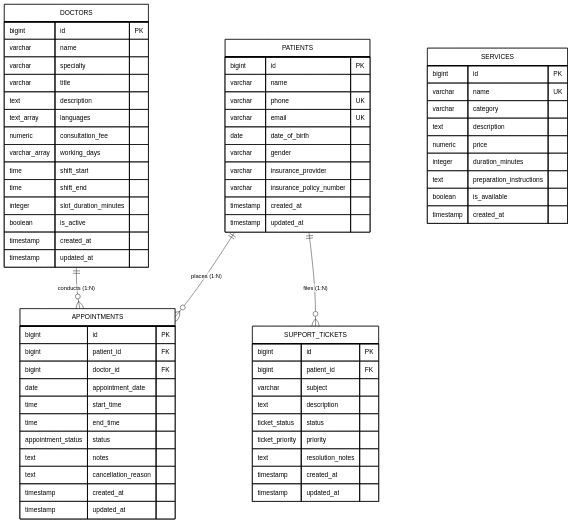
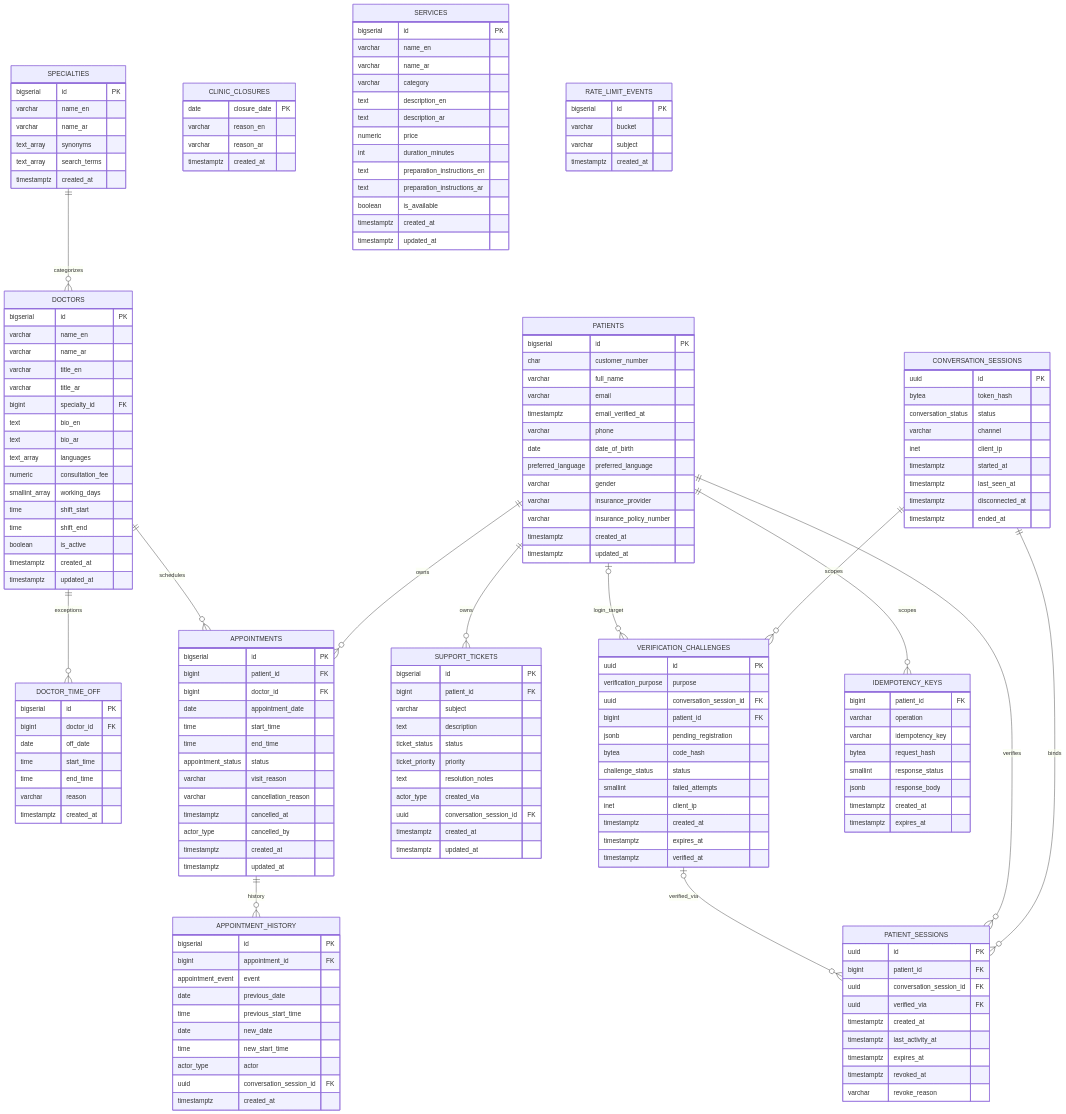
The diagram in docs/diagrams/04-data/entity-relationship-diagram.mmd (HassanAhmedMa/Agentic-AI-Call-Center), drawn with Mermaid before and after one commit. The commit also changed 65 other files, not shown here.

Commit message:
docs: reconcile ADR-003 contracts and implementation roadmap

```diff
--- a/docs/diagrams/04-data/entity-relationship-diagram.mmd
+++ b/docs/diagrams/04-data/entity-relationship-diagram.mmd
@@ -1,73 +1,176 @@
-%%{init: {'theme': 'base', 'themeVariables': { 'primaryColor': '#ffffff', 'primaryTextColor': '#000000', 'primaryBorderColor': '#000000', 'lineColor': '#000000', 'secondaryColor': '#ffffff', 'tertiaryColor': '#ffffff', 'edgeLabelBackground':'#ffffff' }}}%%
 erDiagram
+    SPECIALTIES {
+        bigserial id PK
+        varchar name_en
+        varchar name_ar
+        text_array synonyms
+        text_array search_terms
+        timestamptz created_at
+    }
+    DOCTORS {
+        bigserial id PK
+        varchar name_en
+        varchar name_ar
+        varchar title_en
+        varchar title_ar
+        bigint specialty_id FK
+        text bio_en
+        text bio_ar
+        text_array languages
+        numeric consultation_fee
+        smallint_array working_days
+        time shift_start
+        time shift_end
+        boolean is_active
+        timestamptz created_at
+        timestamptz updated_at
+    }
+    DOCTOR_TIME_OFF {
+        bigserial id PK
+        bigint doctor_id FK
+        date off_date
+        time start_time
+        time end_time
+        varchar reason
+        timestamptz created_at
+    }
+    CLINIC_CLOSURES {
+        date closure_date PK
+        varchar reason_en
+        varchar reason_ar
+        timestamptz created_at
+    }
+    SERVICES {
+        bigserial id PK
+        varchar name_en
+        varchar name_ar
+        varchar category
+        text description_en
+        text description_ar
+        numeric price
+        int duration_minutes
+        text preparation_instructions_en
+        text preparation_instructions_ar
+        boolean is_available
+        timestamptz created_at
+        timestamptz updated_at
+    }
     PATIENTS {
-        bigint id PK
-        varchar name
-        varchar phone UK
-        varchar email UK
+        bigserial id PK
+        char customer_number
+        varchar full_name
+        varchar email
+        timestamptz email_verified_at
+        varchar phone
         date date_of_birth
+        preferred_language preferred_language
         varchar gender
         varchar insurance_provider
         varchar insurance_policy_number
-        timestamp created_at
-        timestamp updated_at
+        timestamptz created_at
+        timestamptz updated_at
     }
-
-    DOCTORS {
-        bigint id PK
-        varchar name
-        varchar specialty
-        varchar title
-        text description
-        text_array languages
-        numeric consultation_fee
-        varchar_array working_days
-        time shift_start
-        time shift_end
-        integer slot_duration_minutes
-        boolean is_active
-        timestamp created_at
-        timestamp updated_at
-    }
-
     APPOINTMENTS {
-        bigint id PK
+        bigserial id PK
         bigint patient_id FK
         bigint doctor_id FK
         date appointment_date
         time start_time
         time end_time
         appointment_status status
-        text notes
-        text cancellation_reason
-        timestamp created_at
-        timestamp updated_at
+        varchar visit_reason
+        varchar cancellation_reason
+        timestamptz cancelled_at
+        actor_type cancelled_by
+        timestamptz created_at
+        timestamptz updated_at
     }
-
-    SERVICES {
-        bigint id PK
-        varchar name UK
-        varchar category
-        text description
-        numeric price
-        integer duration_minutes
-        text preparation_instructions
-        boolean is_available
-        timestamp created_at
+    APPOINTMENT_HISTORY {
+        bigserial id PK
+        bigint appointment_id FK
+        appointment_event event
+        date previous_date
+        time previous_start_time
+        date new_date
+        time new_start_time
+        actor_type actor
+        uuid conversation_session_id FK
+        timestamptz created_at
     }
-
     SUPPORT_TICKETS {
-        bigint id PK
+        bigserial id PK
         bigint patient_id FK
         varchar subject
         text description
         ticket_status status
         ticket_priority priority
         text resolution_notes
-        timestamp created_at
-        timestamp updated_at
+        actor_type created_via
+        uuid conversation_session_id FK
+        timestamptz created_at
+        timestamptz updated_at
     }
-
-    PATIENTS ||--o{ APPOINTMENTS : "places (1:N)"
-    DOCTORS ||--o{ APPOINTMENTS : "conducts (1:N)"
-    PATIENTS ||--o{ SUPPORT_TICKETS : "files (1:N)"
+    CONVERSATION_SESSIONS {
+        uuid id PK
+        bytea token_hash
+        conversation_status status
+        varchar channel
+        inet client_ip
+        timestamptz started_at
+        timestamptz last_seen_at
+        timestamptz disconnected_at
+        timestamptz ended_at
+    }
+    PATIENT_SESSIONS {
+        uuid id PK
+        bigint patient_id FK
+        uuid conversation_session_id FK
+        uuid verified_via FK
+        timestamptz created_at
+        timestamptz last_activity_at
+        timestamptz expires_at
+        timestamptz revoked_at
+        varchar revoke_reason
+    }
+    VERIFICATION_CHALLENGES {
+        uuid id PK
+        verification_purpose purpose
+        uuid conversation_session_id FK
+        bigint patient_id FK
+        jsonb pending_registration
+        bytea code_hash
+        challenge_status status
+        smallint failed_attempts
+        inet client_ip
+        timestamptz created_at
+        timestamptz expires_at
+        timestamptz verified_at
+    }
+    IDEMPOTENCY_KEYS {
+        bigint patient_id FK
+        varchar operation
+        varchar idempotency_key
+        bytea request_hash
+        smallint response_status
+        jsonb response_body
+        timestamptz created_at
+        timestamptz expires_at
+    }
+    RATE_LIMIT_EVENTS {
+        bigserial id PK
+        varchar bucket
+        varchar subject
+        timestamptz created_at
+    }
+    SPECIALTIES ||--o{ DOCTORS : categorizes
+    PATIENTS ||--o{ APPOINTMENTS : owns
+    DOCTORS ||--o{ APPOINTMENTS : schedules
+    DOCTORS ||--o{ DOCTOR_TIME_OFF : exceptions
+    APPOINTMENTS ||--o{ APPOINTMENT_HISTORY : history
+    PATIENTS ||--o{ SUPPORT_TICKETS : owns
+    CONVERSATION_SESSIONS ||--o{ PATIENT_SESSIONS : binds
+    PATIENTS ||--o{ PATIENT_SESSIONS : verifies
+    CONVERSATION_SESSIONS ||--o{ VERIFICATION_CHALLENGES : scopes
+    PATIENTS o|--o{ VERIFICATION_CHALLENGES : login_target
+    VERIFICATION_CHALLENGES o|--o{ PATIENT_SESSIONS : verified_via
+    PATIENTS ||--o{ IDEMPOTENCY_KEYS : scopes
```
